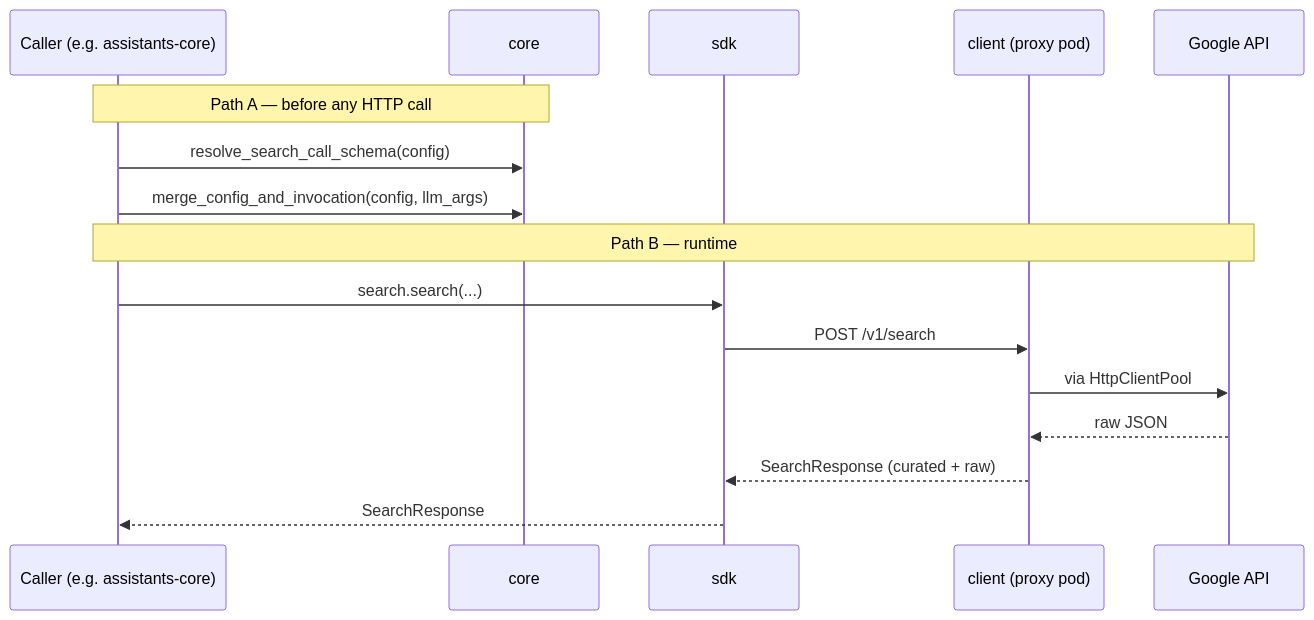
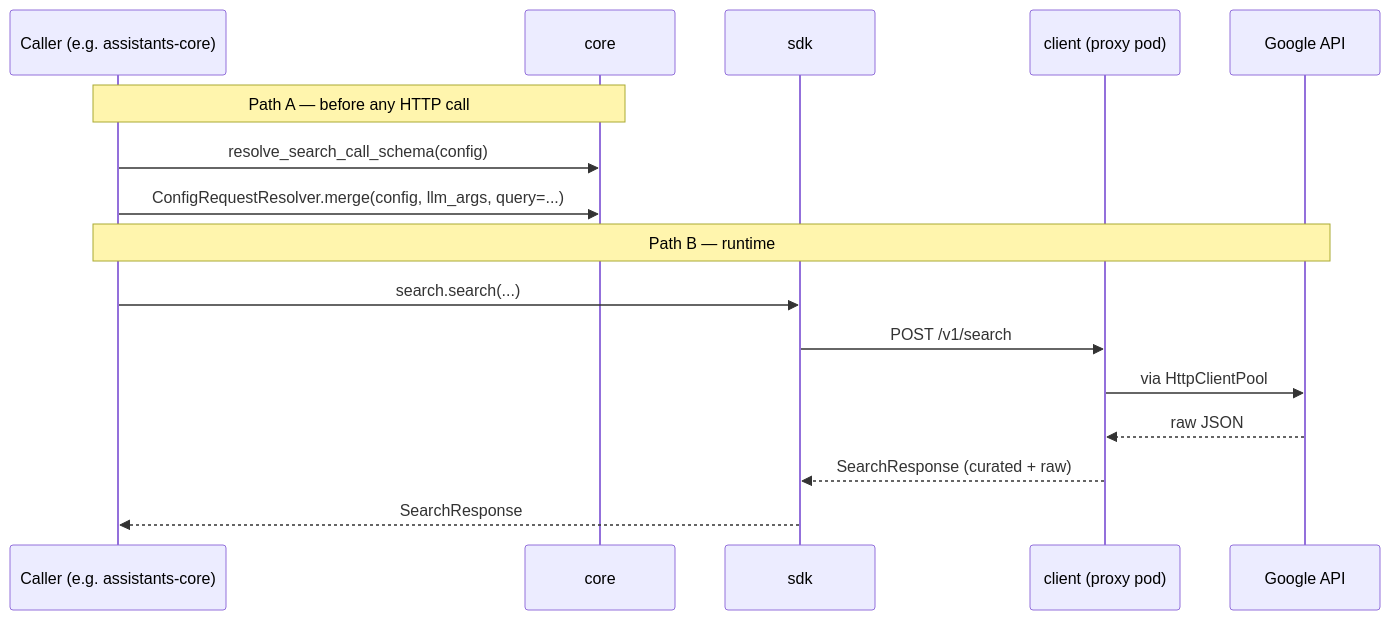
Before and after one commit to Unique-AG/ai: the third of 3 diagrams in connectors/unique_search_proxy/README.md, drawn with Mermaid. The commit also changed other lines of this file and 3 other files, not shown here.

First line of the commit message:
docs(search-proxy): document ConfigRequestResolver architecture

````diff
--- a/connectors/unique_search_proxy/README.md
+++ b/connectors/unique_search_proxy/README.md
@@ -115,20 +115,20 @@
 ```mermaid
 sequenceDiagram
     participant AC as Caller (e.g. assistants-core)
     participant Core as core
     participant SDK as sdk
     participant Proxy as client (proxy pod)
     participant Google as Google API
 
     Note over AC,Core: Path A — before any HTTP call
     AC->>Core: resolve_search_call_schema(config)
-    AC->>Core: merge_config_and_invocation(config, llm_args)
+    AC->>Core: ConfigRequestResolver.merge(config, llm_args, query=...)
 
     Note over AC,Google: Path B — runtime
     AC->>SDK: search.search(...)
     SDK->>Proxy: POST /v1/search
     Proxy->>Google: via HttpClientPool
     Google-->>Proxy: raw JSON
     Proxy-->>SDK: SearchResponse (curated + raw)
     SDK-->>AC: SearchResponse
 ```
````
